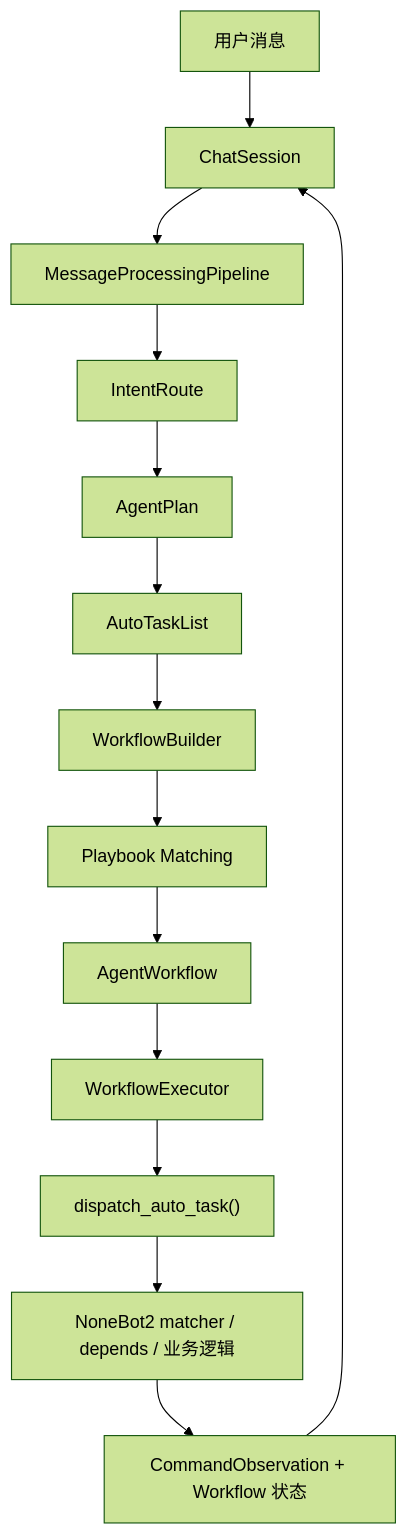
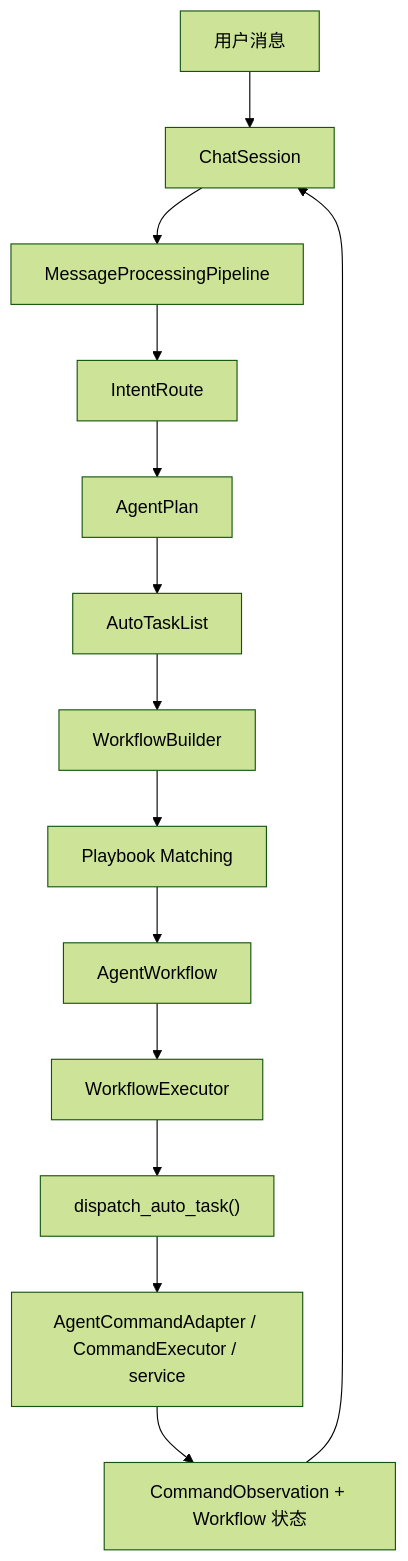
The diagram in docs/guides/agent-module.md (ClassRobot/ClassRobot), drawn with Mermaid (forest theme) before and after one commit. The commit also changed other lines of this file and 269 other files, not shown here.

````diff
--- a/docs/guides/agent-module.md
+++ b/docs/guides/agent-module.md
@@ -79,16 +79,16 @@
 ```mermaid
 flowchart TD
     A["用户消息"] --> B["ChatSession"]
     B --> C["MessageProcessingPipeline"]
     C --> D["IntentRoute"]
     D --> E["AgentPlan"]
     E --> F["AutoTaskList"]
     F --> G["WorkflowBuilder"]
     G --> H["Playbook Matching"]
     H --> I["AgentWorkflow"]
     I --> J["WorkflowExecutor"]
     J --> K["dispatch_auto_task()"]
-    K --> L["NoneBot2 matcher / depends / 业务逻辑"]
+    K --> L["AgentCommandAdapter / CommandExecutor / service"]
     L --> M["CommandObservation + Workflow 状态"]
     M --> B
 ```
````
